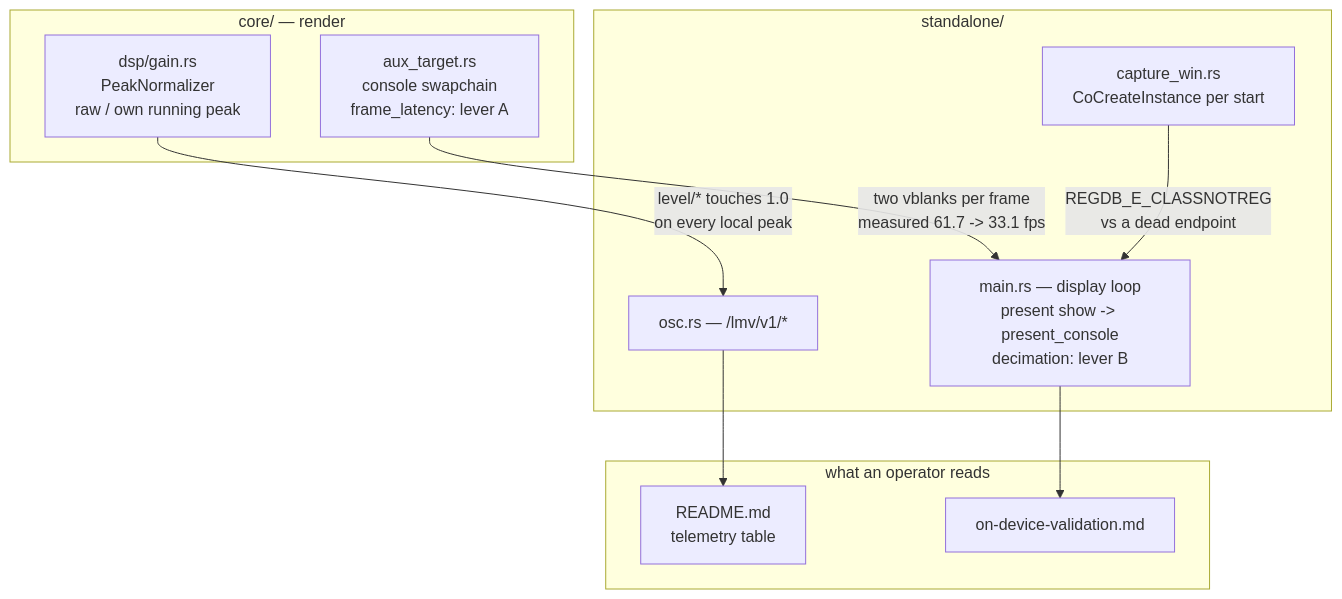
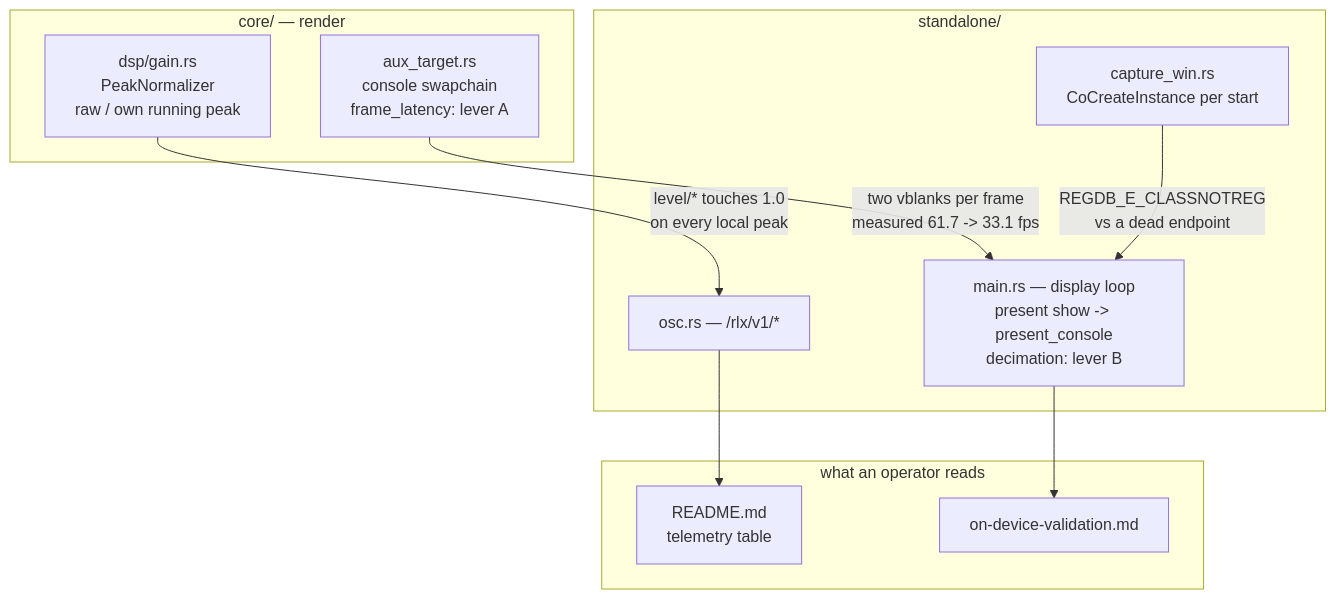
Before and after one commit to IgorKonovalov/Ritmolux: the diagram in docs/plans/0147-what-the-show-costs-and-what-its-numbers-mean.md, drawn with Mermaid. The commit also changed other lines of this file and 4 other files, not shown here.

````diff
--- a/docs/plans/0147-what-the-show-costs-and-what-its-numbers-mean.md
+++ b/docs/plans/0147-what-the-show-costs-and-what-its-numbers-mean.md
@@ -107,22 +107,22 @@
 ```mermaid
 flowchart TB
     subgraph core["core/ — render"]
         aux["aux_target.rs<br/>console swapchain<br/>frame_latency: lever A"]
         gain["dsp/gain.rs<br/>PeakNormalizer<br/>raw / own running peak"]
     end
     subgraph shell["standalone/"]
         loop["main.rs — display loop<br/>present show -> present_console<br/>decimation: lever B"]
         cap["capture_win.rs<br/>CoCreateInstance per start"]
-        osc["osc.rs — /lmv/v1/*"]
+        osc["osc.rs — /rlx/v1/*"]
     end
     subgraph docs["what an operator reads"]
         rm["README.md<br/>telemetry table"]
         odv["on-device-validation.md"]
     end
 
     aux -->|"two vblanks per frame<br/>measured 61.7 -> 33.1 fps"| loop
     loop --> odv
     gain -->|"level/* touches 1.0<br/>on every local peak"| osc
     osc --> rm
     cap -->|"REGDB_E_CLASSNOTREG<br/>vs a dead endpoint"| loop
 ```
````
